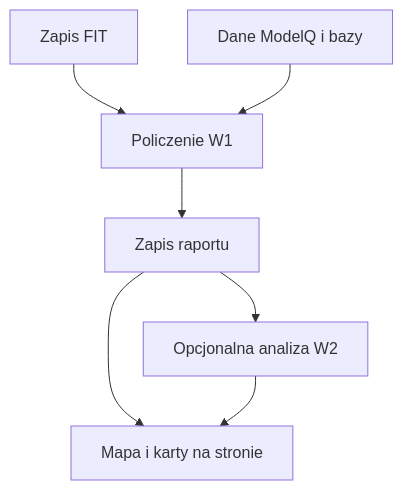
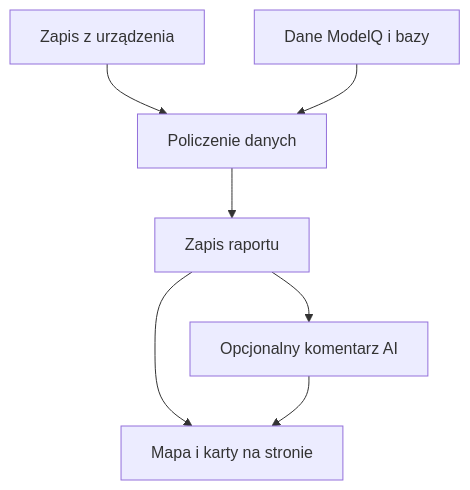
One commit to QbotMS/QbotQ changed the first of 2 diagrams in docs/wiki/raport-jazdy/analiza-jazdy.md. Above: the diagram before and after it, drawn with Mermaid. The commit also changed other lines of this file and 153 other files, not shown here.

````diff
--- a/docs/wiki/raport-jazdy/analiza-jazdy.md
+++ b/docs/wiki/raport-jazdy/analiza-jazdy.md
@@ -34,9 +37,9 @@
 ```mermaid
 flowchart TD
- A[Zapis FIT] --> B[Policzenie W1]
+ A[Zapis z urządzenia] --> B[Policzenie danych]
  C[Dane ModelQ i bazy] --> B
  B --> D[Zapis raportu]
  D --> E[Mapa i karty na stronie]
- D --> F[Opcjonalna analiza W2]
+ D --> F[Opcjonalny komentarz AI]
  F --> E
 ```
````
